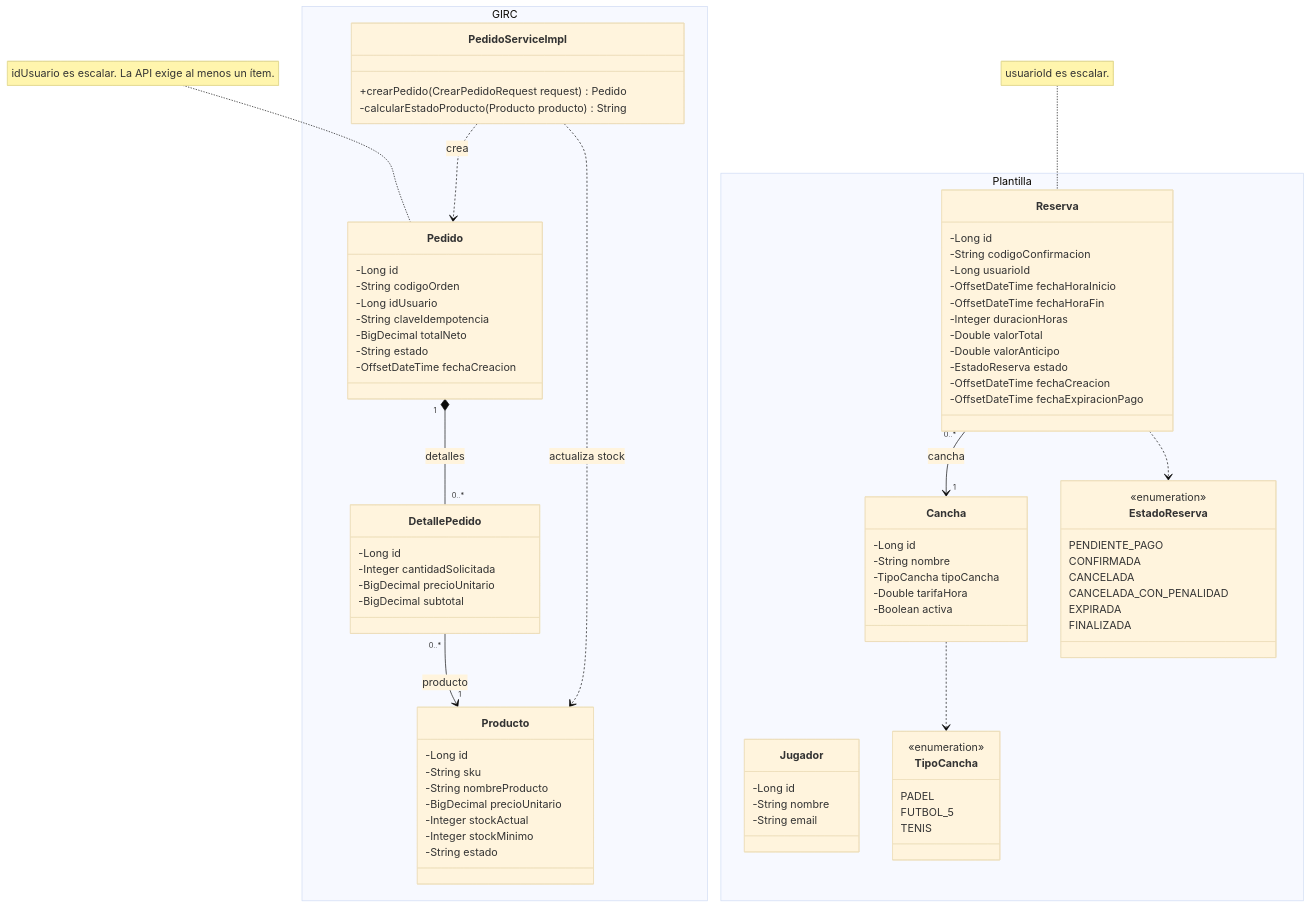
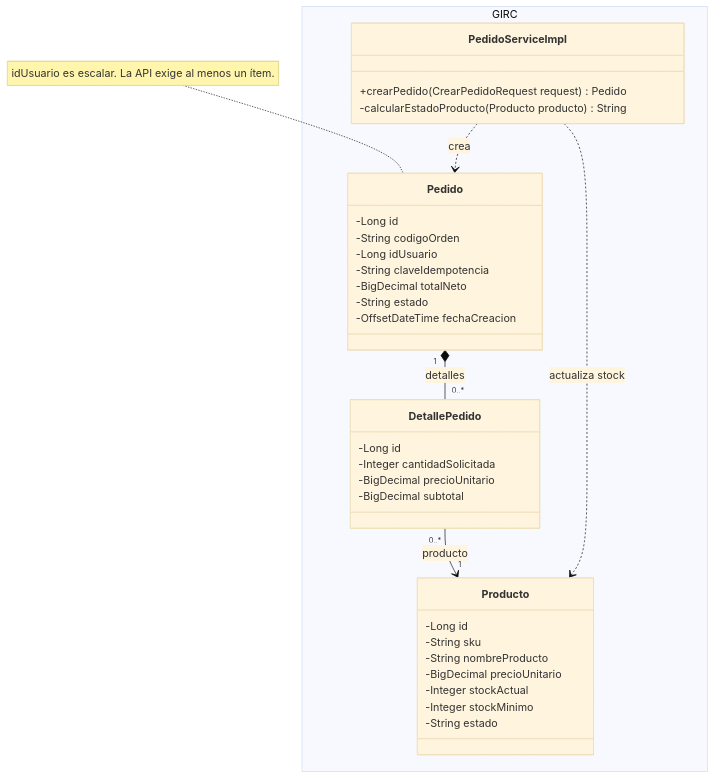
Before and after one commit to Liz010713/GIRC-FINAL: the diagram in docs/hito-2/diagrams/uml-clases-dominio.mmd, drawn with Mermaid (base theme). The commit also changed 85 other files, not shown here.

```diff
--- a/docs/hito-2/diagrams/uml-clases-dominio.mmd
+++ b/docs/hito-2/diagrams/uml-clases-dominio.mmd
@@ -1,82 +1,36 @@
 classDiagram
   namespace GIRC {
     class Producto {
       -Long id
       -String sku
       -String nombreProducto
       -BigDecimal precioUnitario
       -Integer stockActual
       -Integer stockMinimo
       -String estado
     }
     class Pedido {
       -Long id
       -String codigoOrden
       -Long idUsuario
       -String claveIdempotencia
       -BigDecimal totalNeto
       -String estado
       -OffsetDateTime fechaCreacion
     }
     class DetallePedido {
       -Long id
       -Integer cantidadSolicitada
       -BigDecimal precioUnitario
       -BigDecimal subtotal
     }
     class PedidoServiceImpl {
       +crearPedido(CrearPedidoRequest request) Pedido
       -calcularEstadoProducto(Producto producto) String
     }
   }
-  namespace Plantilla {
-    class Jugador {
-      -Long id
-      -String nombre
-      -String email
-    }
-    class Cancha {
-      -Long id
-      -String nombre
-      -TipoCancha tipoCancha
-      -Double tarifaHora
-      -Boolean activa
-    }
-    class Reserva {
-      -Long id
-      -String codigoConfirmacion
-      -Long usuarioId
-      -OffsetDateTime fechaHoraInicio
-      -OffsetDateTime fechaHoraFin
-      -Integer duracionHoras
-      -Double valorTotal
-      -Double valorAnticipo
-      -EstadoReserva estado
-      -OffsetDateTime fechaCreacion
-      -OffsetDateTime fechaExpiracionPago
-    }
-    class TipoCancha {
-      <<enumeration>>
-      PADEL
-      FUTBOL_5
-      TENIS
-    }
-    class EstadoReserva {
-      <<enumeration>>
-      PENDIENTE_PAGO
-      CONFIRMADA
-      CANCELADA
-      CANCELADA_CON_PENALIDAD
-      EXPIRADA
-      FINALIZADA
-    }
-  }
   Pedido "1" *-- "0..*" DetallePedido : detalles
   DetallePedido "0..*" --> "1" Producto : producto
-  Reserva "0..*" --> "1" Cancha : cancha
-  Cancha ..> TipoCancha
-  Reserva ..> EstadoReserva
   PedidoServiceImpl ..> Pedido : crea
   PedidoServiceImpl ..> Producto : actualiza stock
   note for Pedido "idUsuario es escalar. La API exige al menos un ítem."
-  note for Reserva "usuarioId es escalar."
```
